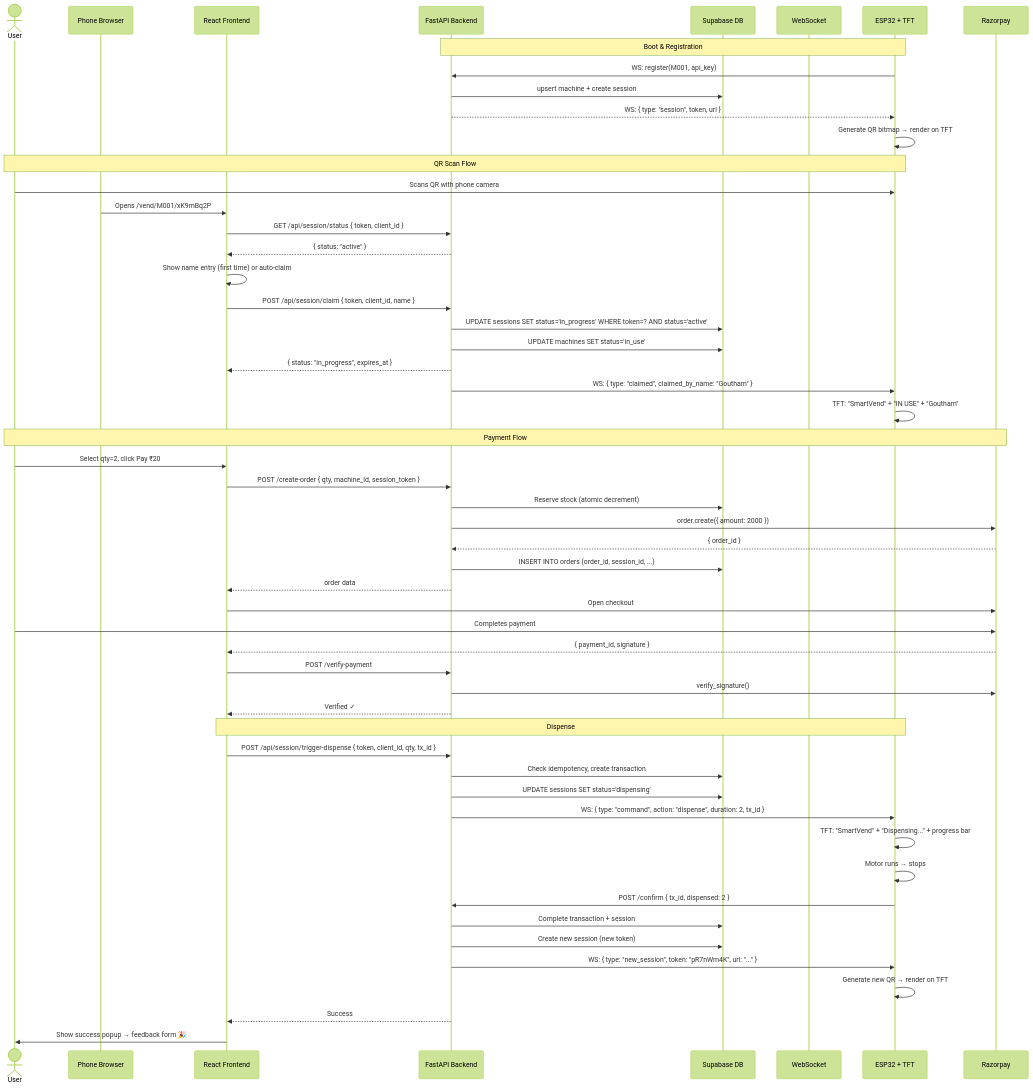
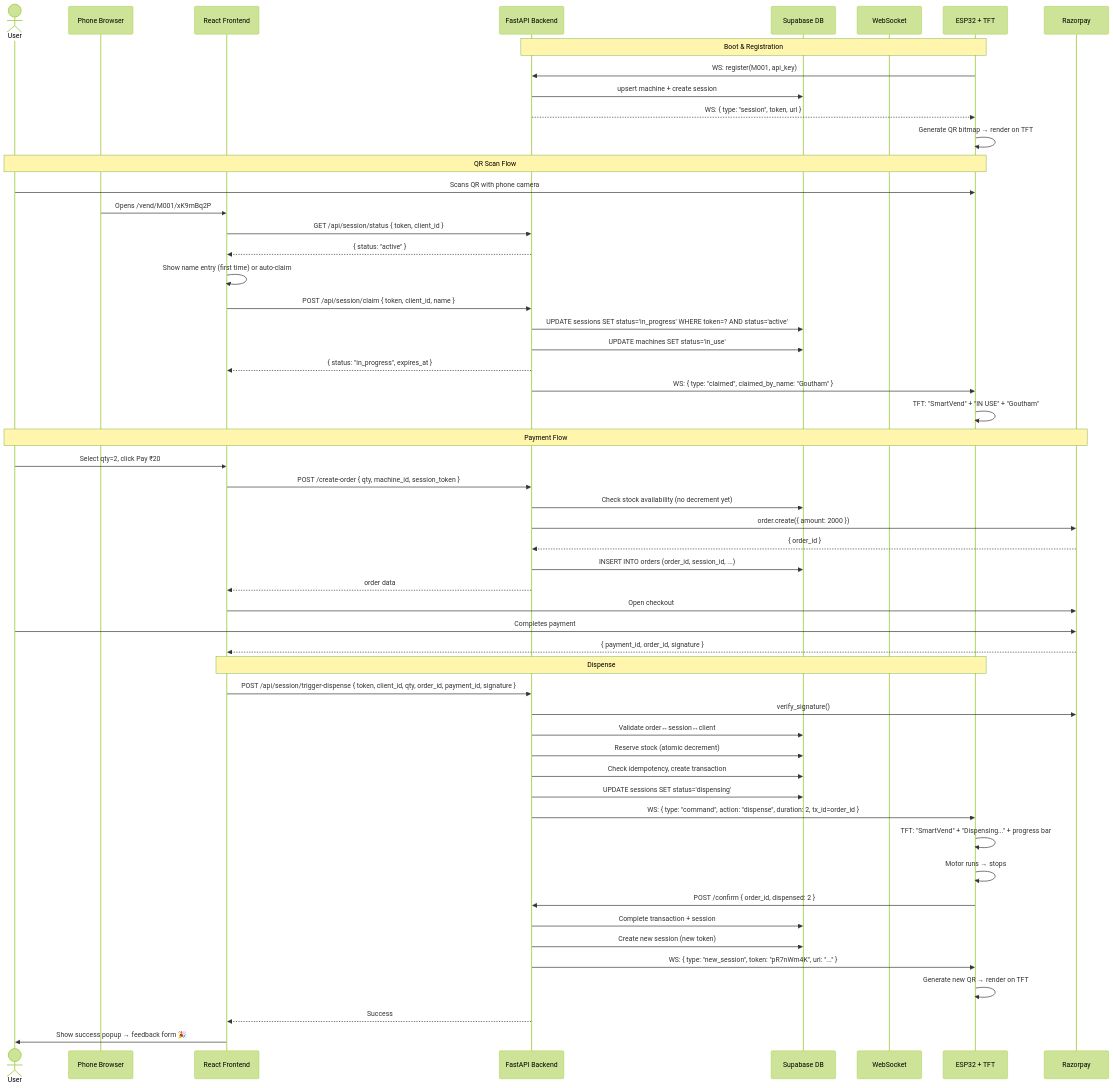
One commit to gouthamlingoju/SmartVend changed the third of 11 diagrams in UML_Diagrams.md. Above: the diagram before and after it, drawn with Mermaid (forest theme). The commit also changed other lines of this file and 5 other files, not shown here.

Commit message:
Enforce payment verification before dispense and stock update

````diff
--- a/UML_Diagrams.md
+++ b/UML_Diagrams.md
@@ -213,60 +213,60 @@
 ```mermaid
 sequenceDiagram
     actor User
     participant Phone as Phone Browser
     participant FE as React Frontend
     participant API as FastAPI Backend
     participant DB as Supabase DB
     participant WS as WebSocket
     participant ESP as ESP32 + TFT
     participant RP as Razorpay
 
     Note over ESP,API: Boot & Registration
     ESP->>API: WS: register(M001, api_key)
     API->>DB: upsert machine + create session
     API-->>ESP: WS: { type: "session", token, url }
     ESP->>ESP: Generate QR bitmap → render on TFT
 
     Note over User,ESP: QR Scan Flow
     User->>ESP: Scans QR with phone camera
     Phone->>FE: Opens /vend/M001/xK9mBq2P
     FE->>API: GET /api/session/status { token, client_id }
     API-->>FE: { status: "active" }
     FE->>FE: Show name entry (first time) or auto-claim
     FE->>API: POST /api/session/claim { token, client_id, name }
     API->>DB: UPDATE sessions SET status='in_progress' WHERE token=? AND status='active'
     API->>DB: UPDATE machines SET status='in_use'
     API-->>FE: { status: "in_progress", expires_at }
     API->>ESP: WS: { type: "claimed", claimed_by_name: "Goutham" }
     ESP->>ESP: TFT: "SmartVend" + "IN USE" + "Goutham"
 
     Note over User,RP: Payment Flow
     User->>FE: Select qty=2, click Pay ₹20
     FE->>API: POST /create-order { qty, machine_id, session_token }
-    API->>DB: Reserve stock (atomic decrement)
+    API->>DB: Check stock availability (no decrement yet)
     API->>RP: order.create({ amount: 2000 })
     RP-->>API: { order_id }
     API->>DB: INSERT INTO orders (order_id, session_id, ...)
     API-->>FE: order data
     FE->>RP: Open checkout
     User->>RP: Completes payment
-    RP-->>FE: { payment_id, signature }
-    FE->>API: POST /verify-payment
-    API->>RP: verify_signature()
-    API-->>FE: Verified ✓
+    RP-->>FE: { payment_id, order_id, signature }
 
     Note over FE,ESP: Dispense
-    FE->>API: POST /api/session/trigger-dispense { token, client_id, qty, tx_id }
+    FE->>API: POST /api/session/trigger-dispense { token, client_id, qty, order_id, payment_id, signature }
+    API->>RP: verify_signature()
+    API->>DB: Validate order↔session↔client
+    API->>DB: Reserve stock (atomic decrement)
     API->>DB: Check idempotency, create transaction
     API->>DB: UPDATE sessions SET status='dispensing'
-    API->>ESP: WS: { type: "command", action: "dispense", duration: 2, tx_id }
+    API->>ESP: WS: { type: "command", action: "dispense", duration: 2, tx_id=order_id }
     ESP->>ESP: TFT: "SmartVend" + "Dispensing..." + progress bar
     ESP->>ESP: Motor runs → stops
-    ESP->>API: POST /confirm { tx_id, dispensed: 2 }
+    ESP->>API: POST /confirm { order_id, dispensed: 2 }
     API->>DB: Complete transaction + session
     API->>DB: Create new session (new token)
     API->>ESP: WS: { type: "new_session", token: "pR7nWm4K", url: "..." }
     ESP->>ESP: Generate new QR → render on TFT
     API-->>FE: Success
     FE->>User: Show success popup → feedback form 🎉
 ```
````
